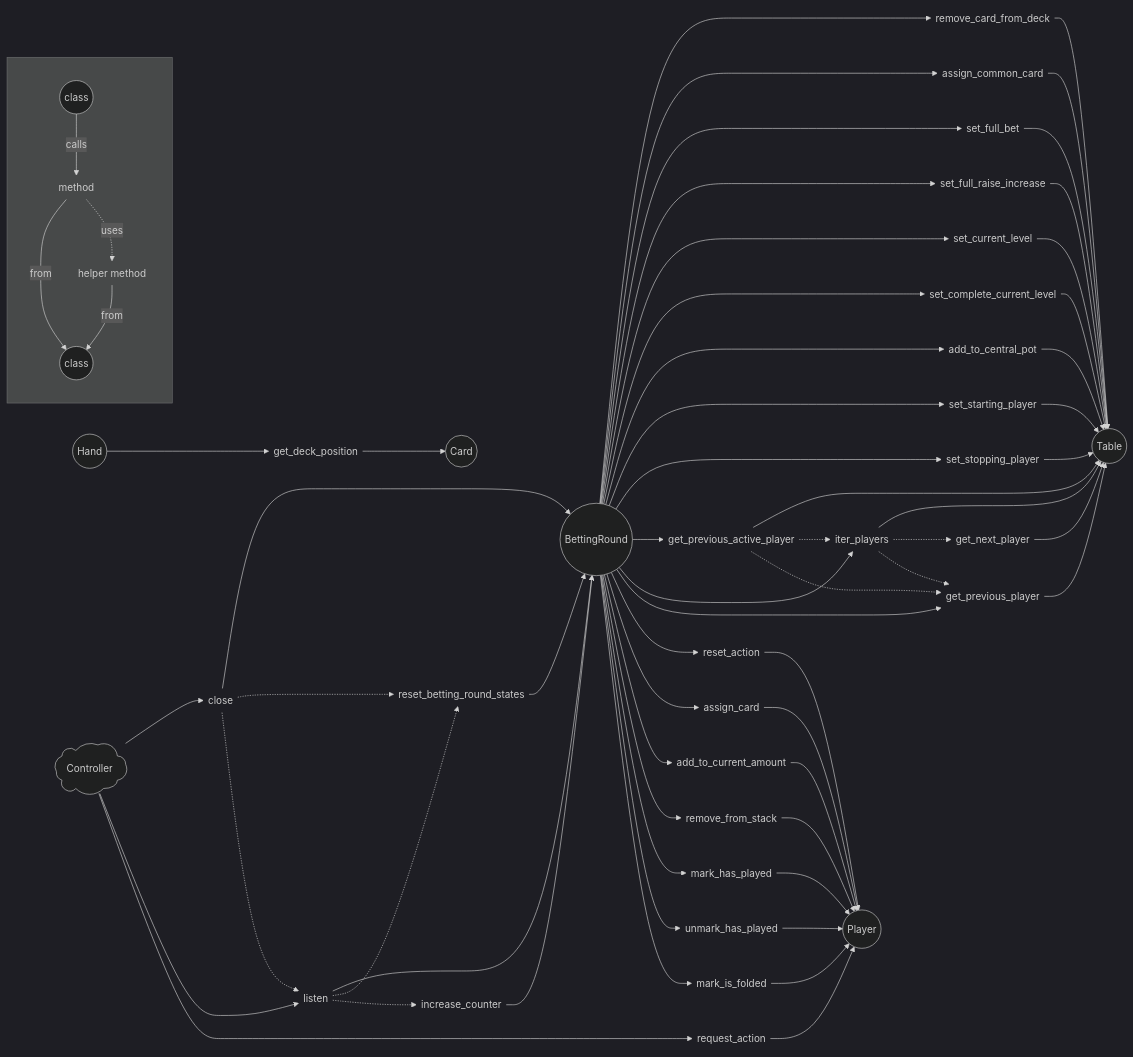
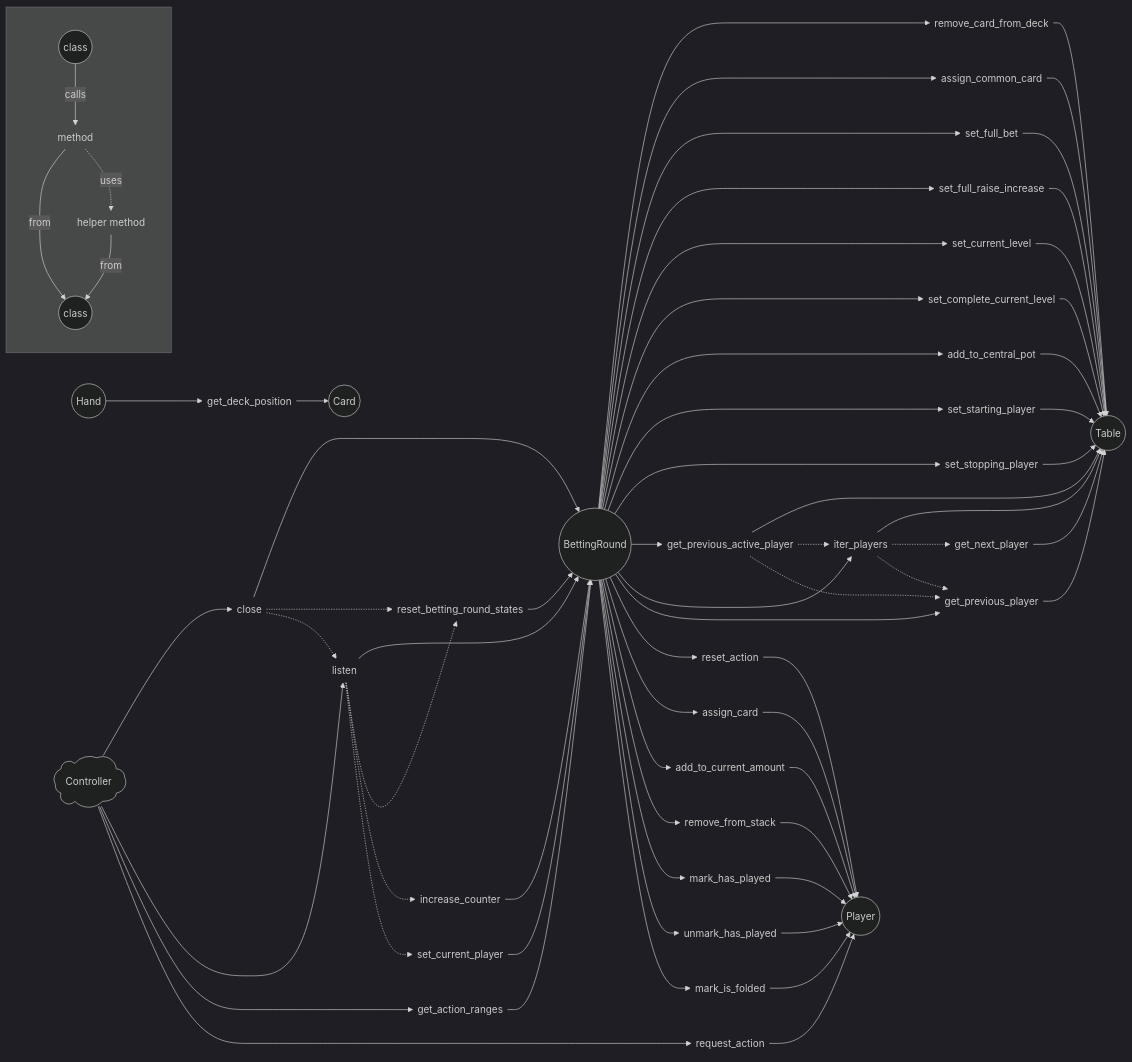
Before and after one commit to jorsaland/pokerpy: the diagram in MODEL.md, drawn with Mermaid (dark theme). The commit also changed 3 other files, not shown here.

```diff
--- a/MODEL.md
+++ b/MODEL.md
@@ -23,6 +23,8 @@
     BR.listen(listen)@{ shape: text } -->  BR
     BR.reset_betting_round_states(reset_betting_round_states)@{ shape: text } -->  BR
     BR.increase_counter(increase_counter)@{ shape: text } -->  BR
+    BR.set_current_player(set_current_player)@{ shape: text } -->  BR
+    BR.get_action_ranges(get_action_ranges)@{ shape: text } --> BR
 
     T(Table)@{ shape: circle }
     T.remove_card_from_deck(remove_card_from_deck)@{ shape: text } --> T
@@ -61,6 +63,7 @@
 
     C --> BR.close
     C --> BR.listen
+    C --> BR.get_action_ranges
 
     C --> P.request_action
 
@@ -85,7 +88,7 @@
     BR --> P.unmark_has_played
     BR --> P.mark_is_folded
 
-    H ---> Cd.get_deck_position
+    H --> Cd.get_deck_position
 
 
     %% Helper method relations
@@ -95,6 +98,7 @@
 
     BR.listen -.-> BR.reset_betting_round_states
     BR.listen -.-> BR.increase_counter
+    BR.listen -.-> BR.set_current_player
 
     T.get_previous_active_player -.-> T.iter_players
     T.get_previous_active_player -.-> T.get_previous_player
```
